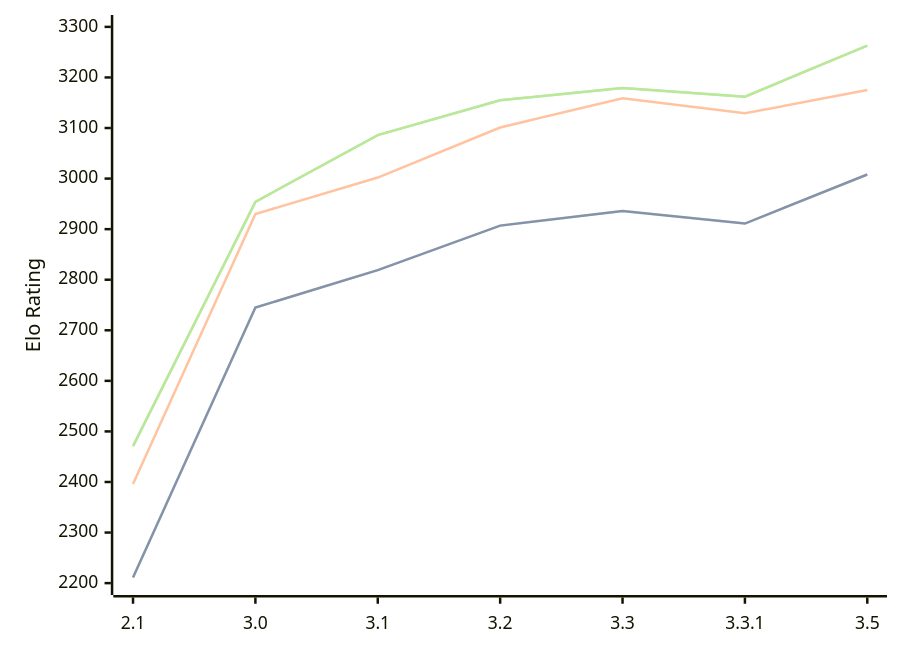
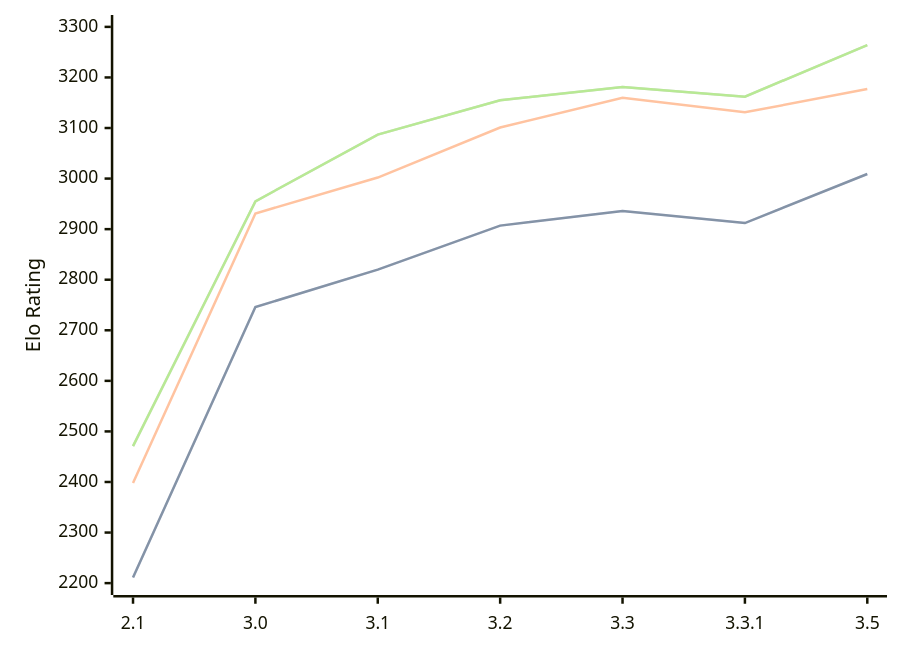
Before and after one commit to computer-chess-index/cci: the diagram in engines/Petrel.md, drawn with Mermaid. The commit also changed other lines of this file, not shown here.

Commit message:
Update CCI Ratings (ELO VLTC) - 2026-07-24

````diff
--- a/engines/Petrel.md
+++ b/engines/Petrel.md
@@ -46,11 +46,11 @@
 ```mermaid
 %%{init: {"theme":"base","themeVariables":{"seriesColors:['#a3a3a3','#222221','#faa371']}}}%%
 xychart-beta
   x-axis ["2.1", "3.0", "3.1", "3.2", "3.3", "3.3.1", "3.5"]
   y-axis "Elo Rating" 2200 --> 3300
-  line "STC (8.0+0.08s)" [2211, 2745, 2819, 2907, 2936, 2911, 3008]
-  line "STC (8.0+0.08s)" [2211, 2745, 2819, 2907, 2936, 2911, 3008]
-  line "LTC (60.0+0.60s)" [2396, 2930, 3002, 3101, 3159, 3129, 3175]
-  line "VLTC (2m24s+1.12s)" [2471, 2954, 3086, 3155, 3179, 3162, 3263]
-  line "VLTC (2m24s+1.12s)" [2471, 2954, 3086, 3155, 3179, 3162, 3263]
+  line "STC (8.0+0.08s)" [2211, 2746, 2820, 2907, 2936, 2912, 3009]
+  line "STC (8.0+0.08s)" [2211, 2746, 2820, 2907, 2936, 2912, 3009]
+  line "LTC (60.0+0.60s)" [2398, 2931, 3002, 3101, 3160, 3131, 3177]
+  line "VLTC (2m24s+1.12s)" [2471, 2955, 3087, 3155, 3181, 3162, 3264]
+  line "VLTC (2m24s+1.12s)" [2471, 2955, 3087, 3155, 3181, 3162, 3264]
 ```
````
